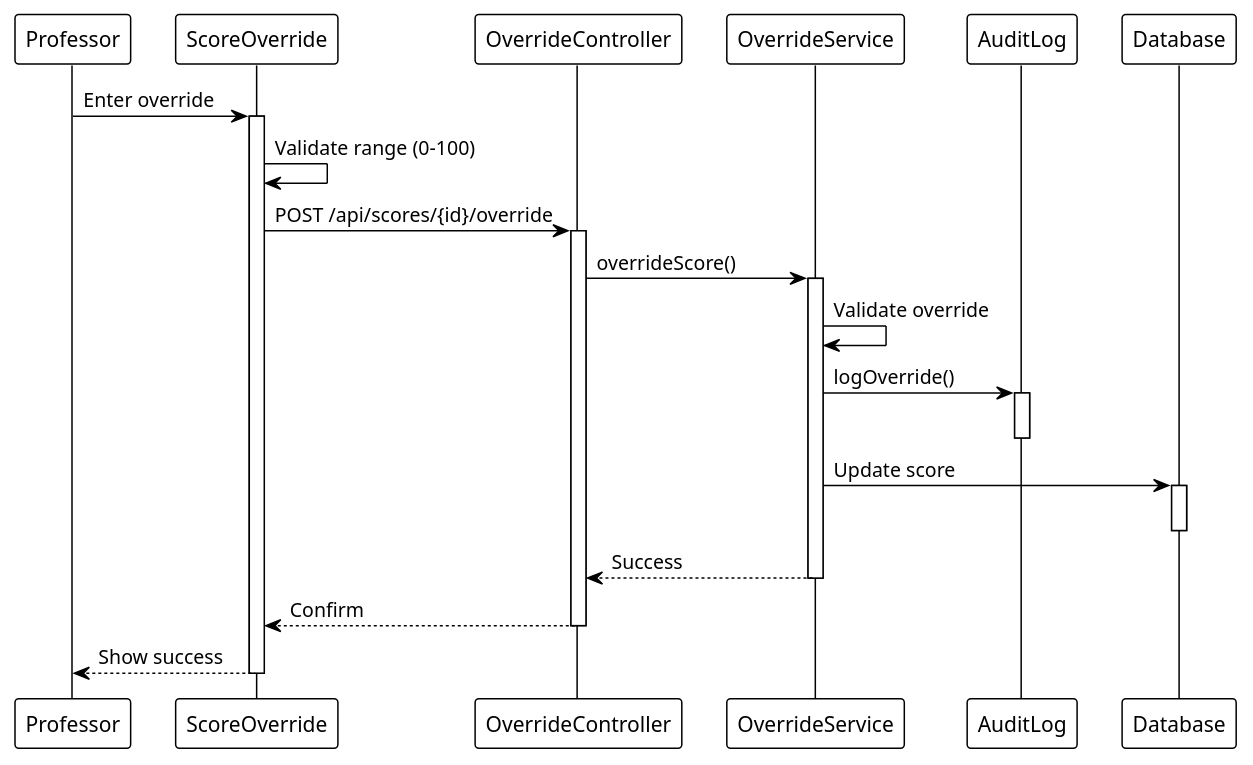
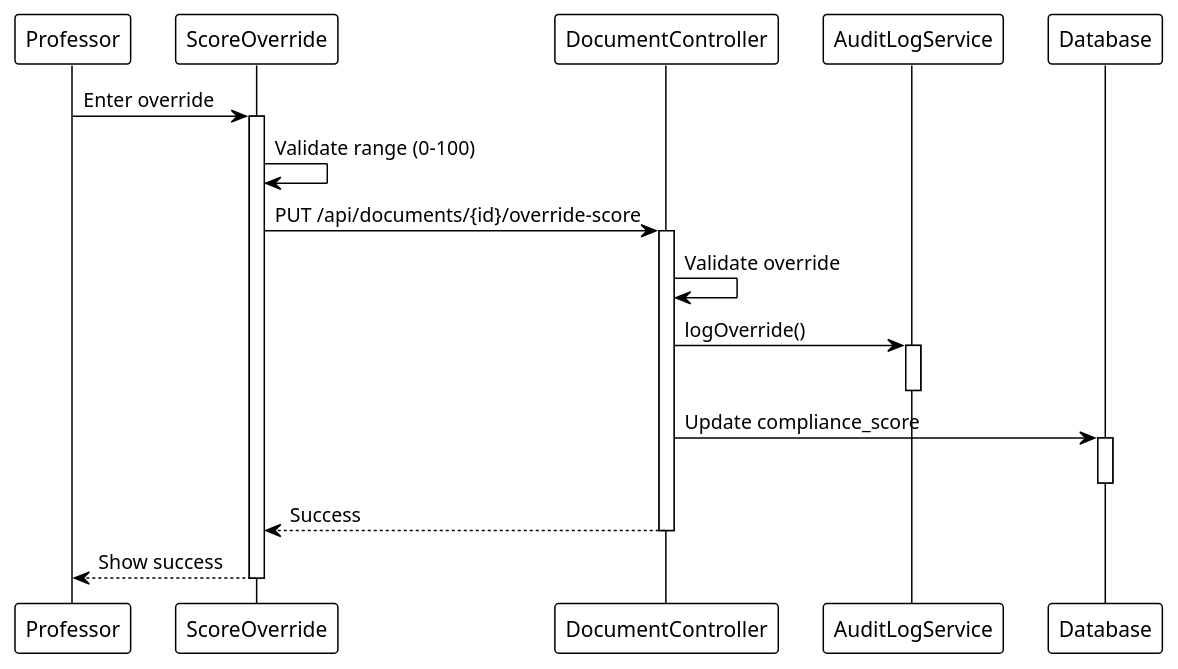
The sixth of 8 diagrams in Capstone Files/Module4.md (lawas-tess/SPMP-Evaluator), drawn with PlantUML before and after one commit. The commit also changed other lines of this file and 8 other files, not shown here.

Commit message:
Add AI integration architecture docs, PlantUML diagrams, and presentation script; Update modules with hybrid AI approach; Switch to Amazon Nova model with timeout protection

````diff
--- a/Capstone Files/Module4.md
+++ b/Capstone Files/Module4.md
@@ -662,32 +649,27 @@
 ```plantuml
 @startuml ScoreOverride_Sequence
 !theme plain
 participant "Professor" as Prof
 participant "ScoreOverride" as UI
-participant "OverrideController" as Ctrl
-participant "OverrideService" as Service
-participant "AuditLog" as Audit
+participant "DocumentController" as Ctrl
+participant "AuditLogService" as Audit
 participant "Database" as DB
 
 Prof -> UI: Enter override
 activate UI
 UI -> UI: Validate range (0-100)
-UI -> Ctrl: POST /api/scores/{id}/override
+UI -> Ctrl: PUT /api/documents/{id}/override-score
 activate Ctrl
-Ctrl -> Service: overrideScore()
-activate Service
-Service -> Service: Validate override
-Service -> Audit: logOverride()
+Ctrl -> Ctrl: Validate override
+Ctrl -> Audit: logOverride()
 activate Audit
 deactivate Audit
-Service -> DB: Update score
+Ctrl -> DB: Update compliance_score
 activate DB
 deactivate DB
-Service --> Ctrl: Success
-deactivate Service
-Ctrl --> UI: Confirm
+Ctrl --> UI: Success
 deactivate Ctrl
 UI --> Prof: Show success
 deactivate UI
 @enduml
 ```
````
